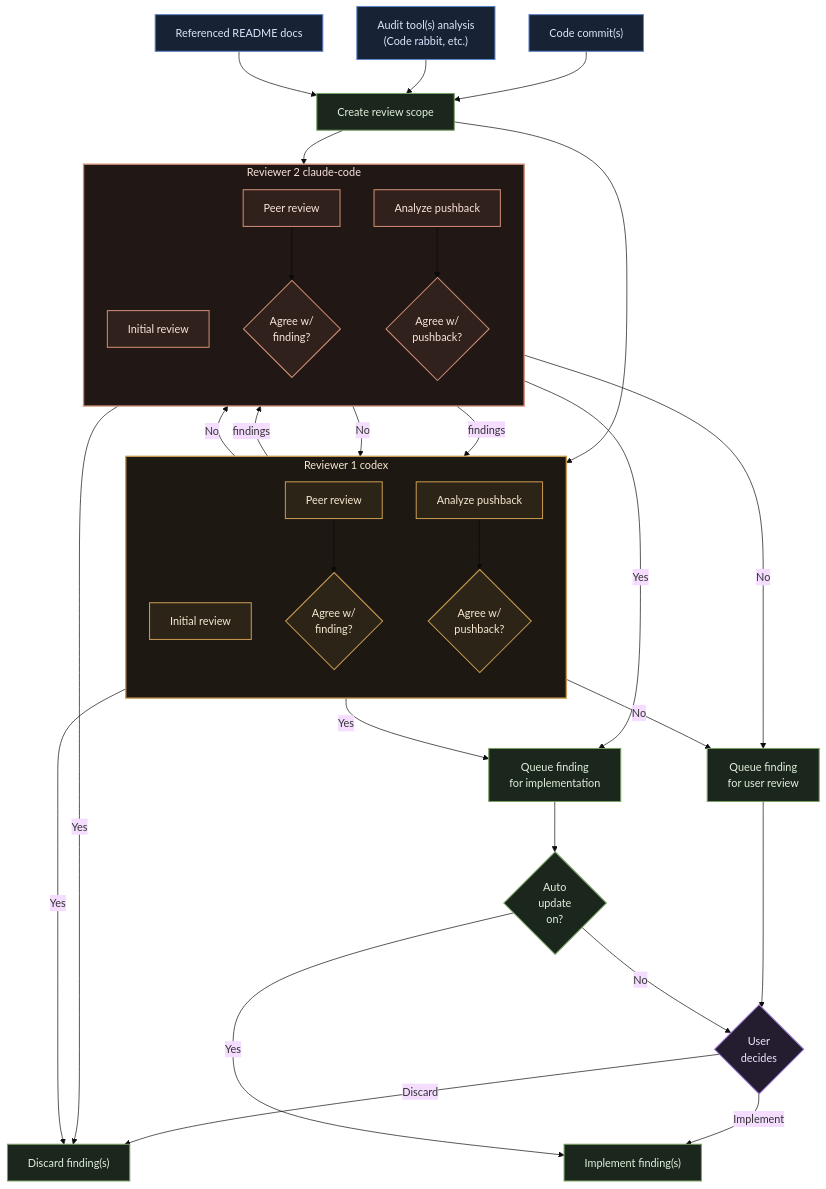
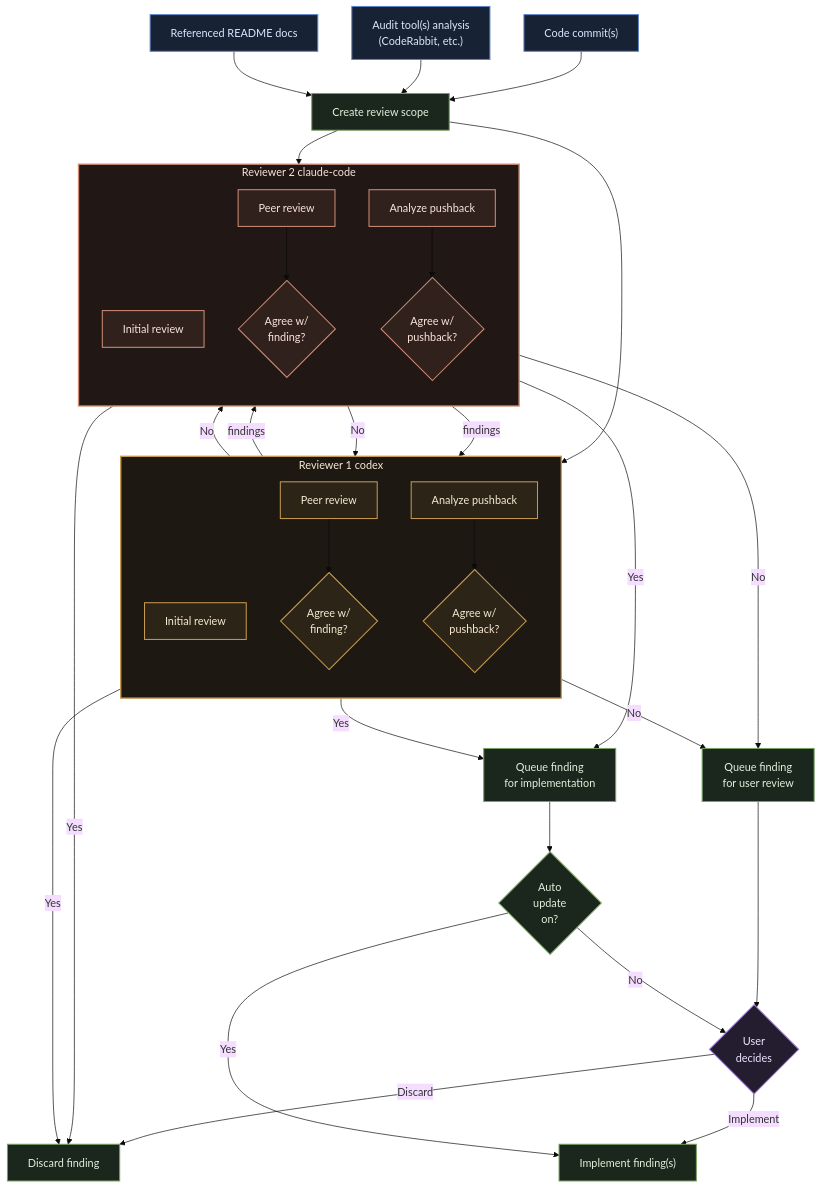
The diagram in README.md (kirinmurphy/roboreviewer_cli), drawn with Mermaid (base theme) before and after one commit. The commit also changed other lines of this file and 74 other files, not shown here.

````diff
--- a/README.md
+++ b/README.md
@@ -21,73 +21,73 @@
 ```mermaid
 flowchart TD
     commits["Code commit(s)"]
-    audits["Audit tool(s) analysis<br>(Code rabbit, etc.)"]
+    audits["Audit tool(s) analysis<br>(CodeRabbit, etc.)"]
     docs["Referenced README docs"]
     scope["Create review scope"]
     queueImpl["Queue finding<br>for implementation"]
     autoUpdate{"Auto<br>update<br>on?"}
     userQueue["Queue finding<br>for user review"]
     user{"User<br>decides"}
     implement["Implement finding(s)"]
-    discard["Discard finding(s)"]
+    discard["Discard finding"]
 
     subgraph R1[Reviewer 1 codex]
         direction TB
         review1["Initial review"]
         peer1["Peer review"]
         peerDecision1{"Agree w/<br>finding?"}
         pushback1["Analyze pushback"]
         pushbackDecision1{"Agree w/<br>pushback?"}
     end
 
     subgraph R2[Reviewer 2 claude-code]
         direction TB
         review2["Initial review"]
         peer2["Peer review"]
         peerDecision2{"Agree w/<br>finding?"}
         pushback2["Analyze pushback"]
         pushbackDecision2{"Agree w/<br>pushback?"}
     end
 
     commits --> scope
     audits --> scope
     docs --> scope
     scope --> review1
     scope --> review2
     review1 -- findings --> peer2
     review2 -- findings --> peer1
     peer1 --> peerDecision1
     peer2 --> peerDecision2
     peerDecision1 -- No --> pushback2
     peerDecision2 -- No --> pushback1
     pushback1 --> pushbackDecision1
     pushback2 --> pushbackDecision2
     pushbackDecision1 -- Yes --> discard
     pushbackDecision2 -- Yes --> discard
     pushbackDecision1 -- No --> userQueue
     pushbackDecision2 -- No --> userQueue
     userQueue --> user
     user -- Implement --> implement
     user -- Discard --> discard
     peerDecision1 -- Yes --> queueImpl
     peerDecision2 -- Yes --> queueImpl
     queueImpl --> autoUpdate
     autoUpdate -- Yes --> implement
     autoUpdate -- No --> user
 
 
     classDef data fill:#182235,stroke:#5f86c9,color:#dbe7ff,stroke-width:1.5px
     classDef orchestrator fill:#1b261d,stroke:#78a063,color:#e2f0dc,stroke-width:1.5px
     classDef reviewer1 fill:#2d2418,stroke:#c79a52,color:#f7ead2,stroke-width:1.5px
     classDef reviewer2 fill:#31211d,stroke:#cf8d74,color:#f9e4dc,stroke-width:1.5px
     classDef user fill:#241d30,stroke:#9d7ad6,color:#efe6ff,stroke-width:1.5px
 
     class commits,audits,docs data
     class scope,queueImpl,autoUpdate,userQueue,implement,discard orchestrator
     class review1,peer1,peerDecision1,pushback1,pushbackDecision1 reviewer1
     class review2,peer2,peerDecision2,pushback2,pushbackDecision2 reviewer2
     class user user
 
     style R1 fill:#1d1812,stroke:#c79a52,stroke-width:2px,color:#f7ead2
     style R2 fill:#211714,stroke:#cf8d74,stroke-width:2px,color:#f9e4dc
 ```
````
